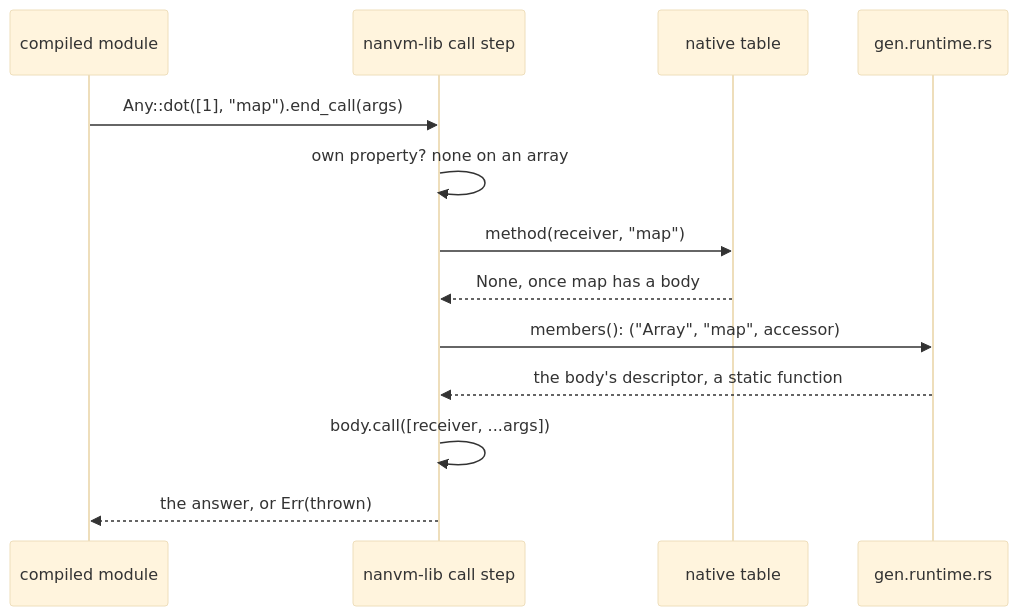
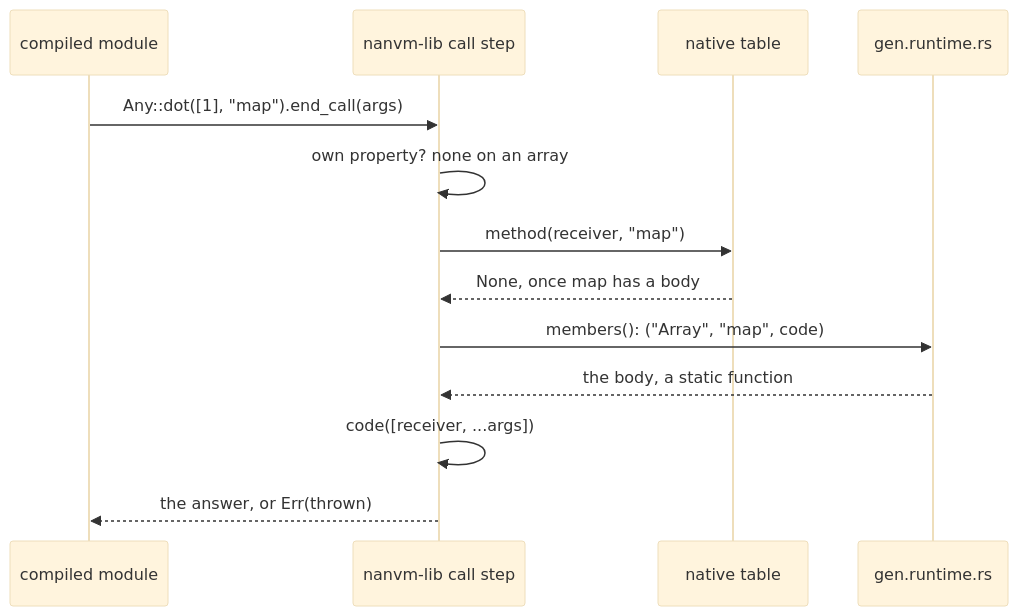
One commit to functionalscript/functionalscript changed the second of 2 diagrams in fjs/js/runtime/README.md. Above: the diagram before and after it, drawn with Mermaid (base theme). The commit also changed other lines of this file and 9 other files, not shown here.

````diff
--- a/fjs/js/runtime/README.md
+++ b/fjs/js/runtime/README.md
@@ -145,15 +146,15 @@
 ```mermaid
 sequenceDiagram
     participant M as compiled module
     participant L as nanvm-lib call step
     participant T as native table
     participant R as gen.runtime.rs
     M->>L: Any::dot([1], "map").end_call(args)
     L->>L: own property? none on an array
     L->>T: method(receiver, "map")
     T-->>L: None, once map has a body
-    L->>R: members(): ("Array", "map", accessor)
-    R-->>L: the body's descriptor, a static function
-    L->>L: body.call([receiver, ...args])
+    L->>R: members(): ("Array", "map", code)
+    R-->>L: the body, a static function
+    L->>L: code([receiver, ...args])
     L-->>M: the answer, or Err(thrown)
 ```
````
